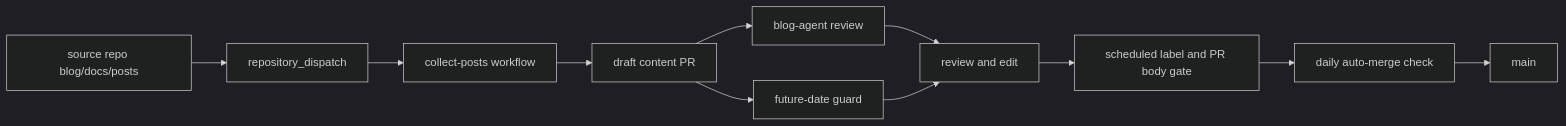
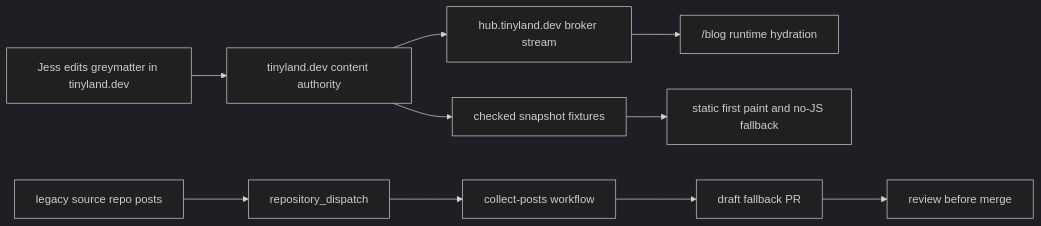
The third of 5 diagrams in README.md (Jesssullivan/jesssullivan.github.io), drawn with Mermaid (dark theme) before and after one commit. The commit also changed other lines of this file and 10 other files, not shown here.

Commit message:
docs(blog): align broker display surface

````diff
--- a/README.md
+++ b/README.md
@@ -100,13 +110,14 @@
 ```mermaid
 flowchart LR
-    SourceRepo["source repo blog/docs/posts"] --> Notify["repository_dispatch"]
+    Author["Jess edits greymatter in tinyland.dev"] --> Tinyland["tinyland.dev content authority"]
+    Tinyland --> HubStream["hub.tinyland.dev broker stream"]
+    HubStream --> RuntimeBlog["/blog runtime hydration"]
+
+    Tinyland --> StaticSnapshots["checked snapshot fixtures"]
+    StaticSnapshots --> FirstPaint["static first paint and no-JS fallback"]
+
+    SourceRepo["legacy source repo posts"] --> Notify["repository_dispatch"]
     Notify --> Collect["collect-posts workflow"]
-    Collect --> DraftPR["draft content PR"]
-    DraftPR --> Bot["blog-agent review"]
-    DraftPR --> DateGuard["future-date guard"]
-    Bot --> Human["review and edit"]
-    DateGuard --> Human
-    Human --> Schedule["scheduled label and PR body gate"]
-    Schedule --> AutoMerge["daily auto-merge check"]
-    AutoMerge --> Main["main"]
+    Collect --> DraftPR["draft fallback PR"]
+    DraftPR --> Human["review before merge"]
 ```
````
